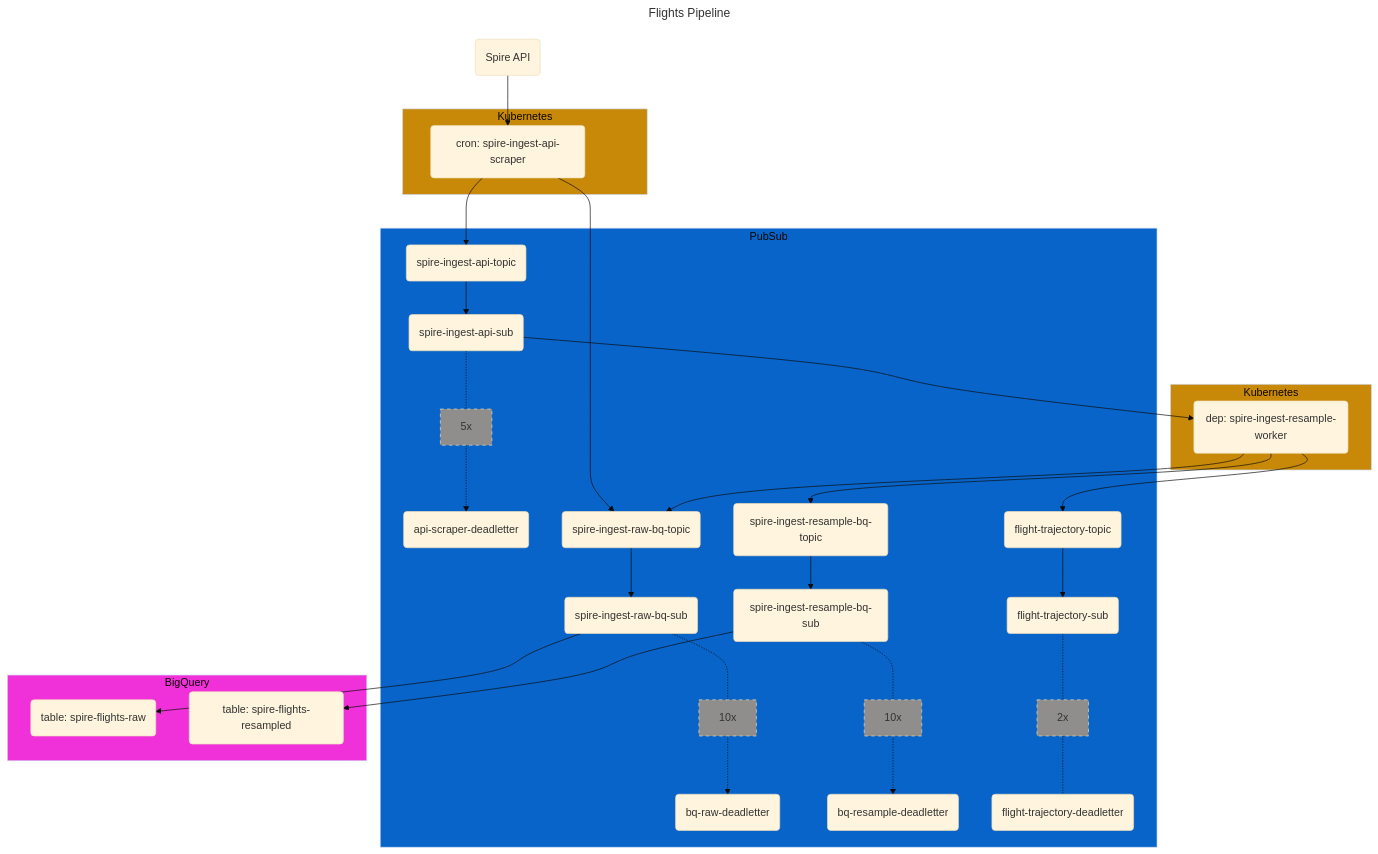
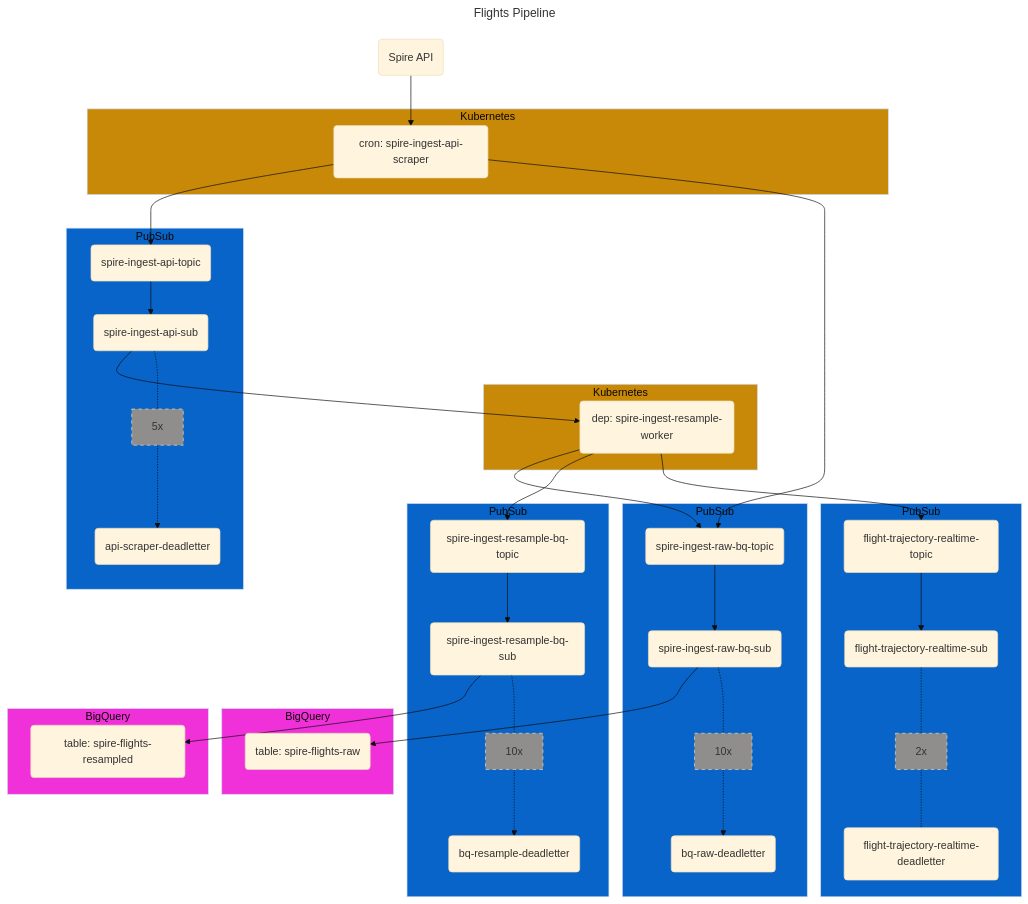
The diagram in README.md (contrailcirrus/flights-pipeline), drawn with Mermaid (base theme) before and after one commit.

Commit message:
cleanup readme

````diff
--- a/README.md
+++ b/README.md
@@ -21,30 +21,46 @@
         spire_ingest_resample_worker(dep: spire-ingest-resample-worker)
     end
     style k8s_2 fill:#C88908
-    subgraph pub_sub[PubSub]
+    subgraph pub_sub1[PubSub]
         spire_ingest_api_topic(spire-ingest-api-topic)
         spire_ingest_api_sub(spire-ingest-api-sub)
         api_scraper_5xop[5x]:::operationStyle
         spire_ingest_api_sub_deadletter(api-scraper-deadletter)
-        spire_ingest_raw_bq_topic(spire-ingest-raw-bq-topic)        
+    end
+    style pub_sub1 fill:#0864C8
+    subgraph pub_sub2[PubSub]
+    spire_ingest_raw_bq_topic(spire-ingest-raw-bq-topic)        
         spire_ingest_raw_bq_sub(spire-ingest-raw-bq-sub)
         bq_raw_10xop[10x]:::operationStyle
-        spire_ingest_raw_bq_sub_deadletter(bq-raw-deadletter)
+        spire_ingest_raw_bq_sub_deadletter(bq-raw-deadletter)    
+    end
+    style pub_sub2 fill:#0864C8
+    subgraph pub_sub3[PubSub]
         spire_ingest_resample_bq_topic(spire-ingest-resample-bq-topic)
         spire_ingest_resample_bq_sub(spire-ingest-resample-bq-sub)
         bq_resample_10xop[10x]:::operationStyle
         spire_ingest_resample_bq_sub_deadletter(bq-resample-deadletter)
-        flight_trajectory_topic(flight-trajectory-topic)
-        flight_trajectory_sub(flight-trajectory-sub)
-        flight_trajectory_2xop[2x]:::operationStyle
-        flight_trajectory_sub_deadletter(flight-trajectory-deadletter)
     end
-    style pub_sub fill:#0864C8
-    subgraph bigquery[BigQuery]
+    style pub_sub3 fill:#0864C8
+    subgraph pub_sub4[PubSub]
+        spire_ingest_resample_bq_topic(spire-ingest-resample-bq-topic)
+        spire_ingest_resample_bq_sub(spire-ingest-resample-bq-sub)
+        bq_resample_10xop[10x]:::operationStyle
+        spire_ingest_resample_bq_sub_deadletter(bq-resample-deadletter)
+        flight_trajectory_rt_topic(flight-trajectory-realtime-topic)
+        flight_trajectory_rt_sub(flight-trajectory-realtime-sub)
+        flight_trajectory_rt_2xop[2x]:::operationStyle
+        flight_trajectory_rt_sub_deadletter(flight-trajectory-realtime-deadletter)
+    end
+    style pub_sub4 fill:#0864C8
+    subgraph bigquery1[BigQuery]
         spire_flights_raw_tb(table: spire-flights-raw)
+    end
+    style bigquery1 fill:#f030d9
+    subgraph bigquery2[BigQuery]
         spire_flights_resampled_tb(table: spire-flights-resampled)
     end
-    style bigquery fill:#f030d9
+    style bigquery2 fill:#f030d9
     %% flow/associations
     spire_api --> spire_ingest_api_scraper
     spire_ingest_api_scraper --> spire_ingest_api_topic
@@ -53,10 +69,10 @@
     spire_ingest_api_sub --> spire_ingest_resample_worker
     spire_ingest_resample_worker --> spire_ingest_raw_bq_topic
     spire_ingest_resample_worker --> spire_ingest_resample_bq_topic
-    spire_ingest_resample_worker --> flight_trajectory_topic
+    spire_ingest_resample_worker --> flight_trajectory_rt_topic
     spire_ingest_raw_bq_topic --> spire_ingest_raw_bq_sub
     spire_ingest_resample_bq_topic --> spire_ingest_resample_bq_sub
-    flight_trajectory_topic --> flight_trajectory_sub
+    flight_trajectory_rt_topic --> flight_trajectory_rt_sub
     
     spire_ingest_raw_bq_sub --> spire_flights_raw_tb
     spire_ingest_resample_bq_sub --> spire_flights_resampled_tb
@@ -71,6 +87,6 @@
     spire_ingest_resample_bq_sub -.- bq_resample_10xop
     bq_resample_10xop -.-> spire_ingest_resample_bq_sub_deadletter
     
-    flight_trajectory_sub -.- flight_trajectory_2xop
-    flight_trajectory_2xop -.- flight_trajectory_sub_deadletter
+    flight_trajectory_rt_sub -.- flight_trajectory_rt_2xop
+    flight_trajectory_rt_2xop -.- flight_trajectory_rt_sub_deadletter
 ```
````
